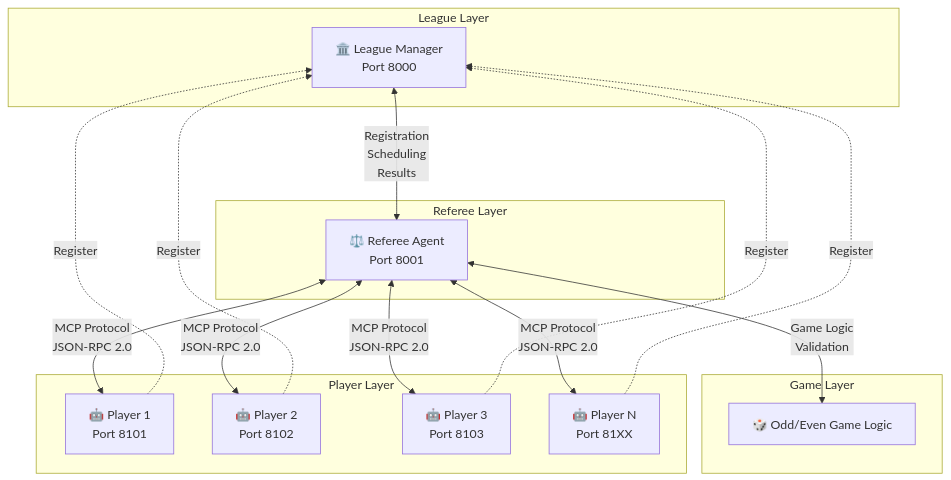
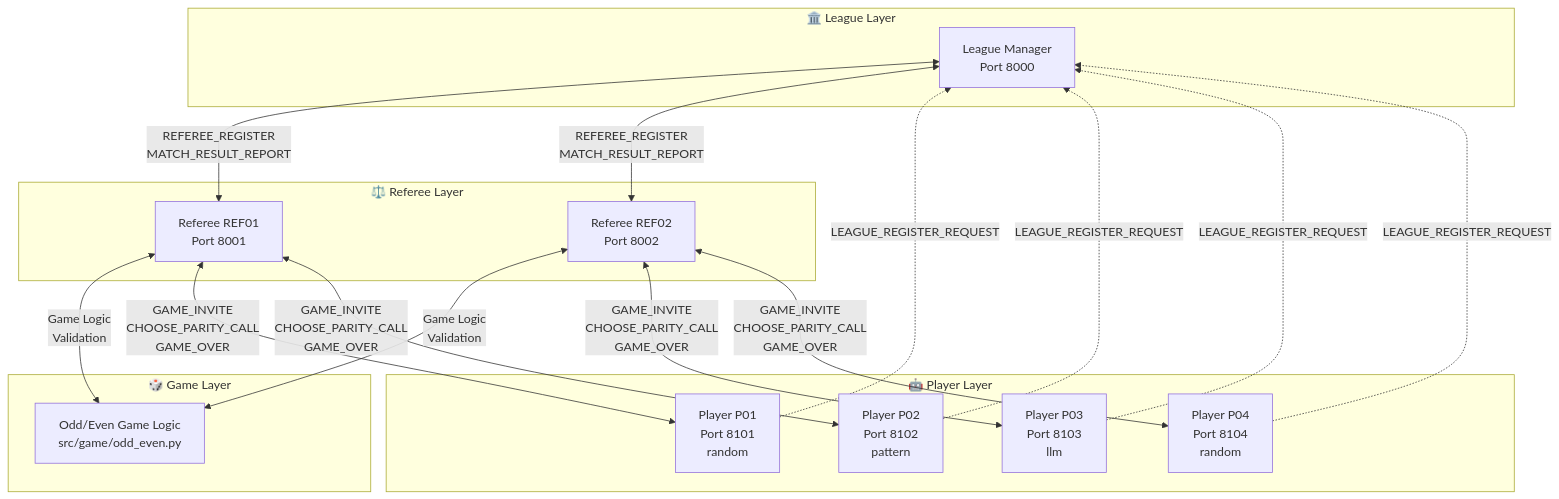
One commit to fouada/Assignment7_mcp-multi-agent-game changed the first of 14 diagrams in README.md. Above: the diagram before and after it, drawn with Mermaid. The commit also changed other lines of this file and 42 other files, not shown here.

````diff
--- a/README.md
+++ b/README.md
@@ -42,33 +40,38 @@
 ```mermaid
 graph TB
-    subgraph "League Layer"
-        LM[🏛️ League Manager<br/>Port 8000]
+    subgraph "🏛️ League Layer"
+        LM[League Manager<br/>Port 8000]
     end
     
-    subgraph "Referee Layer"
-        REF[⚖️ Referee Agent<br/>Port 8001]
+    subgraph "⚖️ Referee Layer"
+        REF1[Referee REF01<br/>Port 8001]
+        REF2[Referee REF02<br/>Port 8002]
     end
     
-    subgraph "Game Layer"
-        GAME[🎲 Odd/Even Game Logic]
+    subgraph "🎲 Game Layer"
+        GAME[Odd/Even Game Logic<br/>src/game/odd_even.py]
     end
     
-    subgraph "Player Layer"
-        P1[🤖 Player 1<br/>Port 8101]
-        P2[🤖 Player 2<br/>Port 8102]
-        P3[🤖 Player 3<br/>Port 8103]
-        P4[🤖 Player N<br/>Port 81XX]
+    subgraph "🤖 Player Layer"
+        P1[Player P01<br/>Port 8101<br/>random]
+        P2[Player P02<br/>Port 8102<br/>pattern]
+        P3[Player P03<br/>Port 8103<br/>llm]
+        P4[Player P04<br/>Port 8104<br/>random]
     end
     
-    LM <-->|"Registration<br/>Scheduling<br/>Results"| REF
-    REF <-->|"Game Logic<br/>Validation"| GAME
-    REF <-->|"MCP Protocol<br/>JSON-RPC 2.0"| P1
-    REF <-->|"MCP Protocol<br/>JSON-RPC 2.0"| P2
-    REF <-->|"MCP Protocol<br/>JSON-RPC 2.0"| P3
-    REF <-->|"MCP Protocol<br/>JSON-RPC 2.0"| P4
+    LM <-->|"REFEREE_REGISTER<br/>MATCH_RESULT_REPORT"| REF1
+    LM <-->|"REFEREE_REGISTER<br/>MATCH_RESULT_REPORT"| REF2
     
-    P1 -.->|"Register"| LM
-    P2 -.->|"Register"| LM
-    P3 -.->|"Register"| LM
-    P4 -.->|"Register"| LM
+    REF1 <-->|"Game Logic<br/>Validation"| GAME
+    REF2 <-->|"Game Logic<br/>Validation"| GAME
+    
+    REF1 <-->|"GAME_INVITE<br/>CHOOSE_PARITY_CALL<br/>GAME_OVER"| P1
+    REF1 <-->|"GAME_INVITE<br/>CHOOSE_PARITY_CALL<br/>GAME_OVER"| P2
+    REF2 <-->|"GAME_INVITE<br/>CHOOSE_PARITY_CALL<br/>GAME_OVER"| P3
+    REF2 <-->|"GAME_INVITE<br/>CHOOSE_PARITY_CALL<br/>GAME_OVER"| P4
+    
+    P1 -.->|"LEAGUE_REGISTER_REQUEST"| LM
+    P2 -.->|"LEAGUE_REGISTER_REQUEST"| LM
+    P3 -.->|"LEAGUE_REGISTER_REQUEST"| LM
+    P4 -.->|"LEAGUE_REGISTER_REQUEST"| LM
 ```
````
